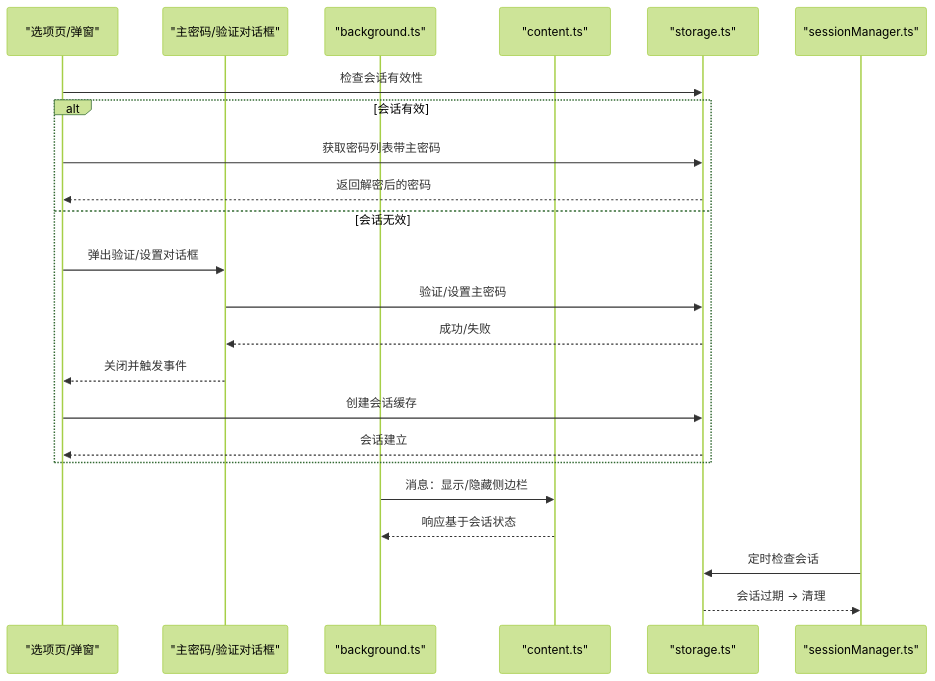
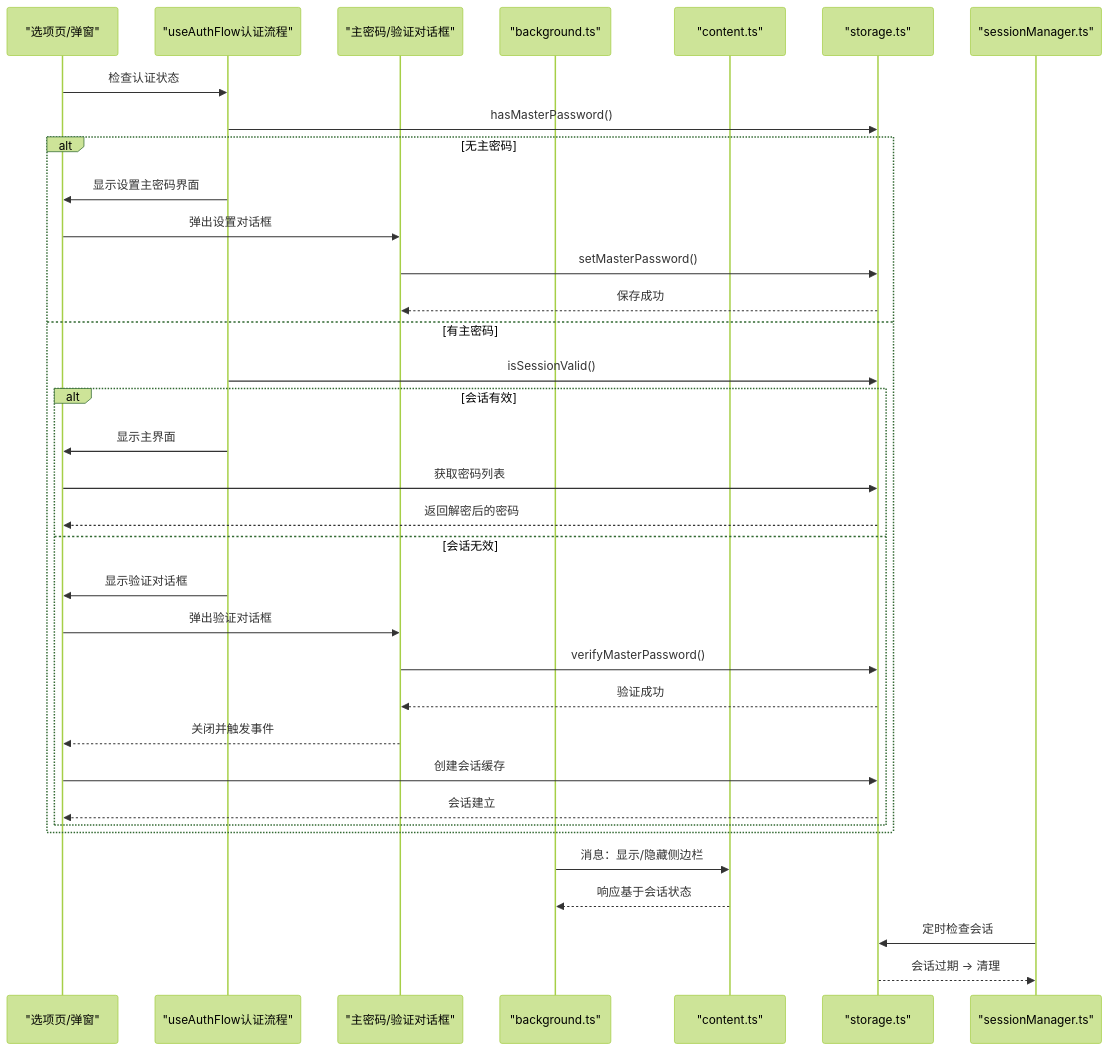
One commit to liaolongdong/account-password-helper changed the second of 8 diagrams in .qoder/repowiki/zh/content/安全机制/安全机制.md. Above: the diagram before and after it, drawn with Mermaid (forest theme). The commit also changed other lines of this file and 7 other files, not shown here.

````diff
--- a/.qoder/repowiki/zh/content/安全机制/安全机制.md
+++ b/.qoder/repowiki/zh/content/安全机制/安全机制.md
@@ -99,25 +119,37 @@
 ```mermaid
 sequenceDiagram
 participant UI as "选项页/弹窗"
+participant AuthFlow as "useAuthFlow认证流程"
 participant Dialog as "主密码/验证对话框"
 participant BG as "background.ts"
 participant CM as "content.ts"
 participant Store as "storage.ts"
 participant Sess as "sessionManager.ts"
-UI->>Store : 检查会话有效性
+UI->>AuthFlow : 检查认证状态
+AuthFlow->>Store : hasMasterPassword()
+alt 无主密码
+AuthFlow->>UI : 显示设置主密码界面
+UI->>Dialog : 弹出设置对话框
+Dialog->>Store : setMasterPassword()
+Store-->>Dialog : 保存成功
+else 有主密码
+AuthFlow->>Store : isSessionValid()
 alt 会话有效
-UI->>Store : 获取密码列表带主密码
+AuthFlow->>UI : 显示主界面
+UI->>Store : 获取密码列表
 Store-->>UI : 返回解密后的密码
 else 会话无效
-UI->>Dialog : 弹出验证/设置对话框
-Dialog->>Store : 验证/设置主密码
-Store-->>Dialog : 成功/失败
+AuthFlow->>UI : 显示验证对话框
+UI->>Dialog : 弹出验证对话框
+Dialog->>Store : verifyMasterPassword()
+Store-->>Dialog : 验证成功
 Dialog-->>UI : 关闭并触发事件
 UI->>Store : 创建会话缓存
 Store-->>UI : 会话建立
+end
 end
 BG->>CM : 消息：显示/隐藏侧边栏
 CM-->>BG : 响应基于会话状态
 Sess->>Store : 定时检查会话
 Store-->>Sess : 会话过期 -> 清理
 ```
````
